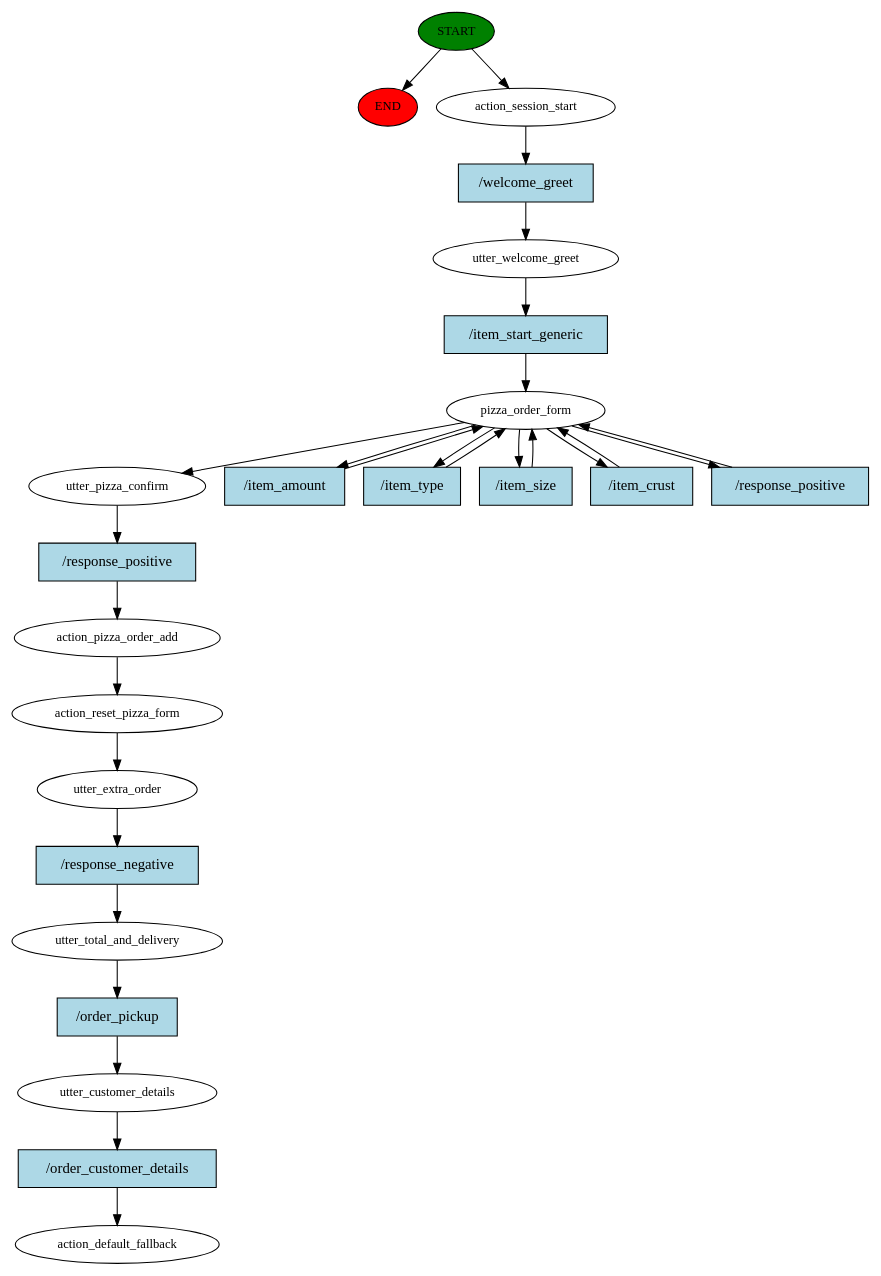
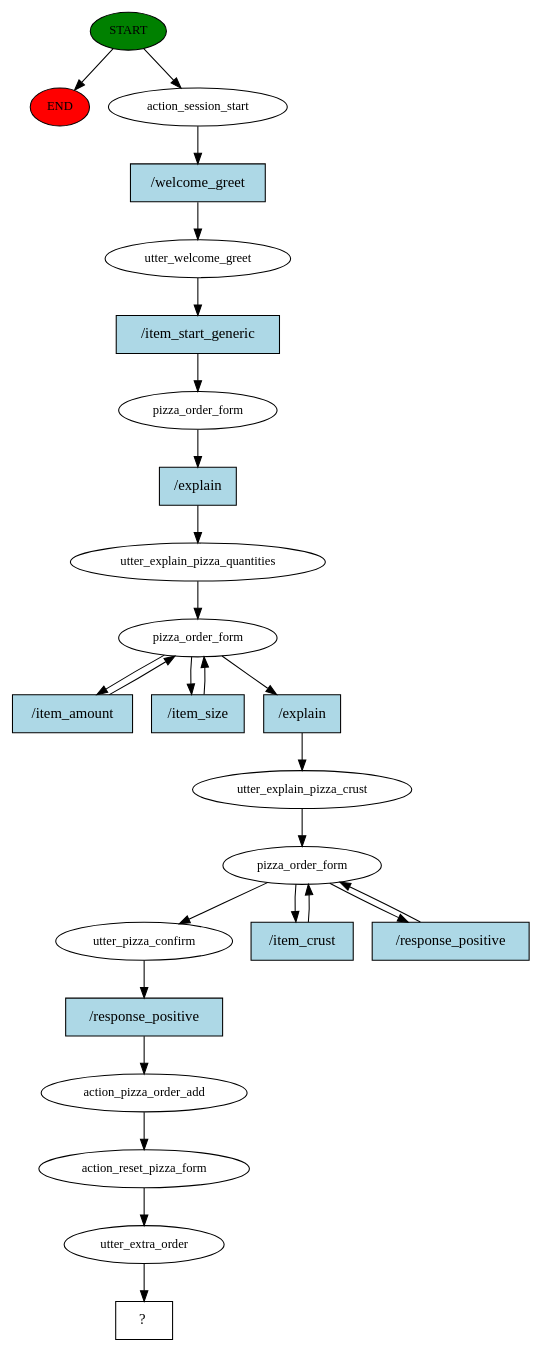
The diagram in story_graph.dot (pasterzewa/HMD-PizzaBot-project), drawn with Graphviz before and after one commit. The commit also changed 79 other files, not shown here.

```diff
--- a/story_graph.dot
+++ b/story_graph.dot
@@ -1,52 +1,51 @@
 digraph  {
 0 [class="start active", fillcolor=green, fontsize=12, label=START, style=filled];
 "-1" [class=end, fillcolor=red, fontsize=12, label=END, style=filled];
 1 [class=active, fontsize=12, label=action_session_start];
 2 [class=active, fontsize=12, label=utter_welcome_greet];
 3 [class=active, fontsize=12, label=pizza_order_form];
-9 [class=active, fontsize=12, label=utter_pizza_confirm];
-10 [class=active, fontsize=12, label=action_pizza_order_add];
-11 [class=active, fontsize=12, label=action_reset_pizza_form];
-12 [class=active, fontsize=12, label=utter_extra_order];
-13 [class=active, fontsize=12, label=utter_total_and_delivery];
-14 [class=active, fontsize=12, label=utter_customer_details];
-15 [class="dashed active", fontsize=12, label=action_default_fallback];
-16 [class="intent active", fillcolor=lightblue, label="/welcome_greet", shape=rect, style=filled];
-17 [class="intent active", fillcolor=lightblue, label="/item_start_generic", shape=rect, style=filled];
-18 [class="intent active", fillcolor=lightblue, label="/item_amount", shape=rect, style=filled];
-19 [class="intent active", fillcolor=lightblue, label="/item_type", shape=rect, style=filled];
-20 [class="intent active", fillcolor=lightblue, label="/item_size", shape=rect, style=filled];
-21 [class="intent active", fillcolor=lightblue, label="/item_crust", shape=rect, style=filled];
-22 [class="intent active", fillcolor=lightblue, label="/response_positive", shape=rect, style=filled];
-23 [class="intent active", fillcolor=lightblue, label="/response_positive", shape=rect, style=filled];
-24 [class="intent active", fillcolor=lightblue, label="/response_negative", shape=rect, style=filled];
-25 [class="intent active", fillcolor=lightblue, label="/order_pickup", shape=rect, style=filled];
-26 [class="intent active", fillcolor=lightblue, label="/order_customer_details", shape=rect, style=filled];
+4 [class=active, fontsize=12, label=utter_explain_pizza_quantities];
+5 [class=active, fontsize=12, label=pizza_order_form];
+8 [class=active, fontsize=12, label=utter_explain_pizza_crust];
+9 [class=active, fontsize=12, label=pizza_order_form];
+12 [class=active, fontsize=12, label=utter_pizza_confirm];
+13 [class=active, fontsize=12, label=action_pizza_order_add];
+14 [class=active, fontsize=12, label=action_reset_pizza_form];
+15 [class=active, fontsize=12, label=utter_extra_order];
+16 [class="intent dashed active", label="  ?  ", shape=rect];
+17 [class="intent active", fillcolor=lightblue, label="/welcome_greet", shape=rect, style=filled];
+18 [class="intent active", fillcolor=lightblue, label="/item_start_generic", shape=rect, style=filled];
+19 [class="intent active", fillcolor=lightblue, label="/explain", shape=rect, style=filled];
+20 [class="intent active", fillcolor=lightblue, label="/item_amount", shape=rect, style=filled];
+21 [class="intent active", fillcolor=lightblue, label="/item_size", shape=rect, style=filled];
+22 [class="intent active", fillcolor=lightblue, label="/explain", shape=rect, style=filled];
+23 [class="intent active", fillcolor=lightblue, label="/item_crust", shape=rect, style=filled];
+24 [class="intent active", fillcolor=lightblue, label="/response_positive", shape=rect, style=filled];
+25 [class="intent active", fillcolor=lightblue, label="/response_positive", shape=rect, style=filled];
 0 -> "-1"  [class="", key=NONE, label=""];
 0 -> 1  [class=active, key=NONE, label=""];
-1 -> 16  [class=active, key=0];
-2 -> 17  [class=active, key=0];
-3 -> 9  [class=active, key=NONE, label=""];
-3 -> 18  [class=active, key=0];
+1 -> 17  [class=active, key=0];
+2 -> 18  [class=active, key=0];
 3 -> 19  [class=active, key=0];
-3 -> 20  [class=active, key=0];
-3 -> 21  [class=active, key=0];
-3 -> 22  [class=active, key=0];
+4 -> 5  [class=active, key=NONE, label=""];
+5 -> 20  [class=active, key=0];
+5 -> 21  [class=active, key=0];
+5 -> 22  [class=active, key=0];
+8 -> 9  [class=active, key=NONE, label=""];
+9 -> 12  [class=active, key=NONE, label=""];
 9 -> 23  [class=active, key=0];
-10 -> 11  [class=active, key=NONE, label=""];
-11 -> 12  [class=active, key=NONE, label=""];
-12 -> 24  [class=active, key=0];
-13 -> 25  [class=active, key=0];
-14 -> 26  [class=active, key=0];
-16 -> 2  [class=active, key=0];
-17 -> 3  [class=active, key=0];
+9 -> 24  [class=active, key=0];
+12 -> 25  [class=active, key=0];
+13 -> 14  [class=active, key=NONE, label=""];
+14 -> 15  [class=active, key=NONE, label=""];
+15 -> 16  [class=active, key=NONE, label=""];
+17 -> 2  [class=active, key=0];
 18 -> 3  [class=active, key=0];
-19 -> 3  [class=active, key=0];
-20 -> 3  [class=active, key=0];
-21 -> 3  [class=active, key=0];
-22 -> 3  [class=active, key=0];
-23 -> 10  [class=active, key=0];
-24 -> 13  [class=active, key=0];
-25 -> 14  [class=active, key=0];
-26 -> 15  [class=active, key=0];
+19 -> 4  [class=active, key=0];
+20 -> 5  [class=active, key=0];
+21 -> 5  [class=active, key=0];
+22 -> 8  [class=active, key=0];
+23 -> 9  [class=active, key=0];
+24 -> 9  [class=active, key=0];
+25 -> 13  [class=active, key=0];
 }
```
